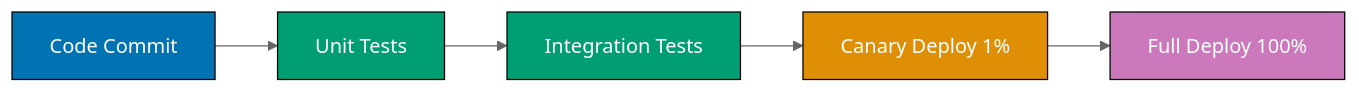
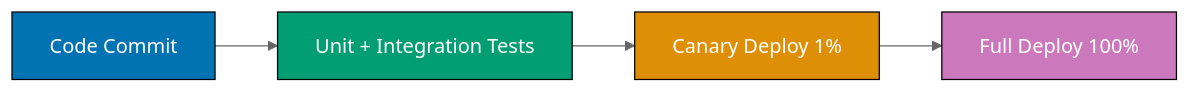
Before and after one commit to wahidyankf/open-sharia-enterprise: the ninth of 9 diagrams in apps/ayokoding-web/content/en/learn/software-engineering/development/test-driven-development-tdd/by-example/advanced.md, drawn with Mermaid (neutral theme). The commit also changed other lines of this file and 16 other files, not shown here.

First line of the commit message:
fix(content): fix 46 pre-existing Mermaid violations in tutorial files

````diff
--- a/apps/ayokoding-web/content/en/learn/software-engineering/development/test-driven-development-tdd/by-example/advanced.md
+++ b/apps/ayokoding-web/content/en/learn/software-engineering/development/test-driven-development-tdd/by-example/advanced.md
@@ -1884,17 +1886,15 @@
 ```mermaid
 %% Color Palette: Blue #0173B2, Orange #DE8F05, Teal #029E73, Purple #CC78BC
 graph LR
     A[Code Commit]
-    B[Unit Tests]
-    C[Integration Tests]
-    D[Canary Deploy 1%]
-    E[Full Deploy 100%]
+    B["Unit + Integration Tests"]
+    C[Canary Deploy 1%]
+    D[Full Deploy 100%]
 
-    A --> B --> C --> D --> E
+    A --> B --> C --> D
 
     style A fill:#0173B2,stroke:#000,color:#fff
     style B fill:#029E73,stroke:#000,color:#fff
-    style C fill:#029E73,stroke:#000,color:#fff
-    style D fill:#DE8F05,stroke:#000,color:#fff
-    style E fill:#CC78BC,stroke:#000,color:#fff
+    style C fill:#DE8F05,stroke:#000,color:#fff
+    style D fill:#CC78BC,stroke:#000,color:#fff
 ```
````
